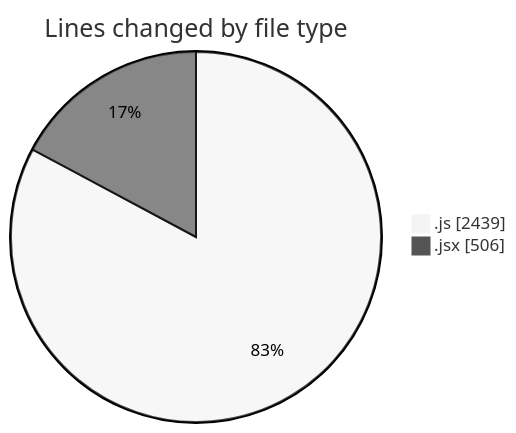
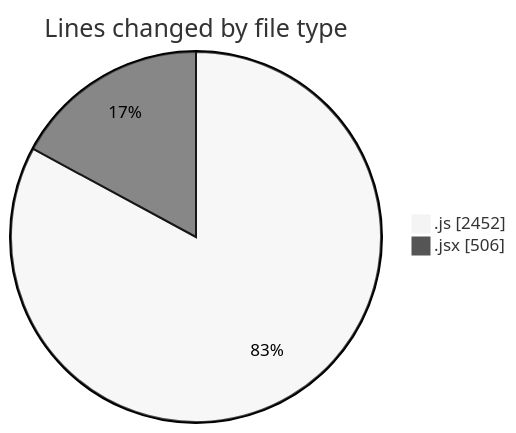
Before and after one commit to nxtqubesakshisongat/code-tracking: the first of 2 diagrams in 2025-07-27/nxtqube_webapp/README.md, drawn with Mermaid (neutral theme). The commit also changed other lines of this file and 1 other file, not shown here.

````diff
--- a/2025-07-27/nxtqube_webapp/README.md
+++ b/2025-07-27/nxtqube_webapp/README.md
@@ -24,6 +24,6 @@
 ```mermaid
 pie showData
 title Lines changed by file type
-".js" : 2439
+".js" : 2452
 ".jsx" : 506
 ```
````
